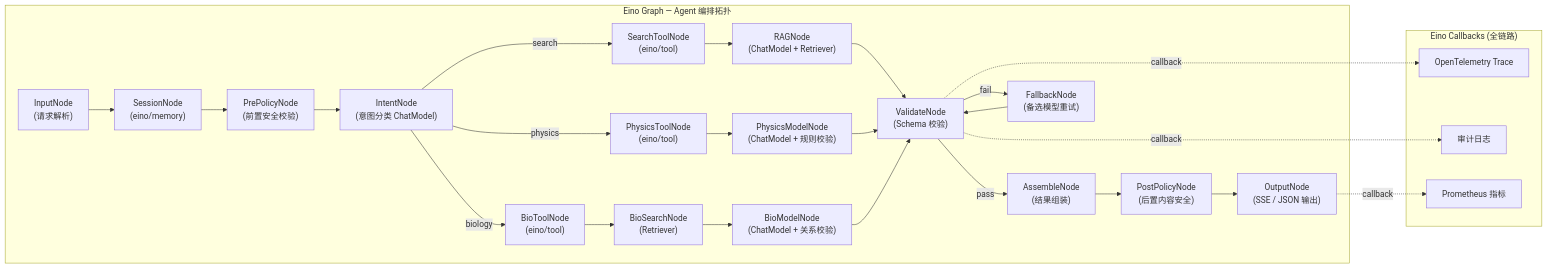
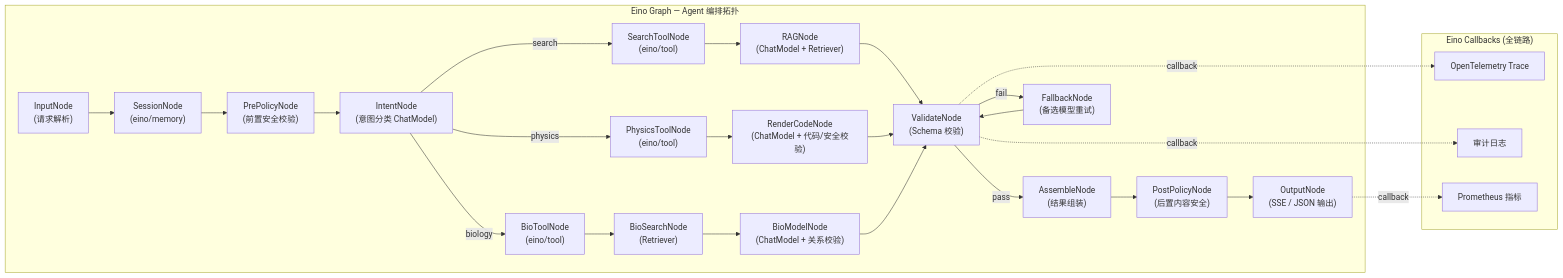
One commit to beihai0xff/snowy changed the third of 3 diagrams in docs/tech-solution.md. Above: the diagram before and after it, drawn with Mermaid. The commit also changed other lines of this file and 79 other files, not shown here.

````diff
--- a/docs/tech-solution.md
+++ b/docs/tech-solution.md
@@ -862,41 +873,41 @@
 ```mermaid
 graph LR
     subgraph EinoGraph ["Eino Graph — Agent 编排拓扑"]
         Input["InputNode<br/>(请求解析)"]
         Session["SessionNode<br/>(eino/memory)"]
         Policy1["PrePolicyNode<br/>(前置安全校验)"]
         Intent["IntentNode<br/>(意图分类 ChatModel)"]
 
         Input --> Session --> Policy1 --> Intent
 
         Intent -->|"search"| ST["SearchToolNode<br/>(eino/tool)"]
         Intent -->|"physics"| PT["PhysicsToolNode<br/>(eino/tool)"]
         Intent -->|"biology"| BT["BioToolNode<br/>(eino/tool)"]
 
         ST --> RAG["RAGNode<br/>(ChatModel + Retriever)"]
-        PT --> PhyModel["PhysicsModelNode<br/>(ChatModel + 规则校验)"]
+        PT --> RenderCode["RenderCodeNode<br/>(ChatModel + 代码/安全校验)"]
         BT --> BioSearch["BioSearchNode<br/>(Retriever)"]
         BioSearch --> BioModel["BioModelNode<br/>(ChatModel + 关系校验)"]
 
         RAG --> Validate["ValidateNode<br/>(Schema 校验)"]
-        PhyModel --> Validate
+        RenderCode --> Validate
         BioModel --> Validate
 
         Validate -->|"pass"| Assemble["AssembleNode<br/>(结果组装)"]
         Validate -->|"fail"| Fallback["FallbackNode<br/>(备选模型重试)"]
         Fallback --> Validate
 
         Assemble --> Policy2["PostPolicyNode<br/>(后置内容安全)"]
         Policy2 --> Output["OutputNode<br/>(SSE / JSON 输出)"]
     end
 
     subgraph Callbacks ["Eino Callbacks (全链路)"]
         OTel["OpenTelemetry Trace"]
         AuditLog["审计日志"]
         Metrics["Prometheus 指标"]
     end
 
     Validate -.->|"callback"| OTel
     Validate -.->|"callback"| AuditLog
     Output -.->|"callback"| Metrics
 ```
````
